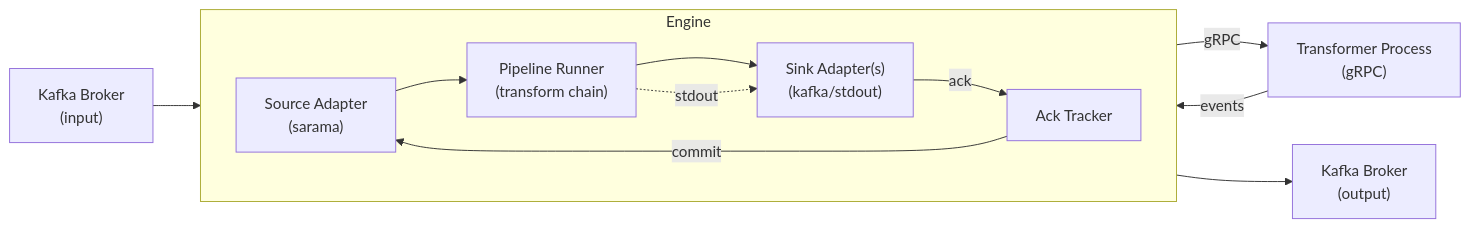
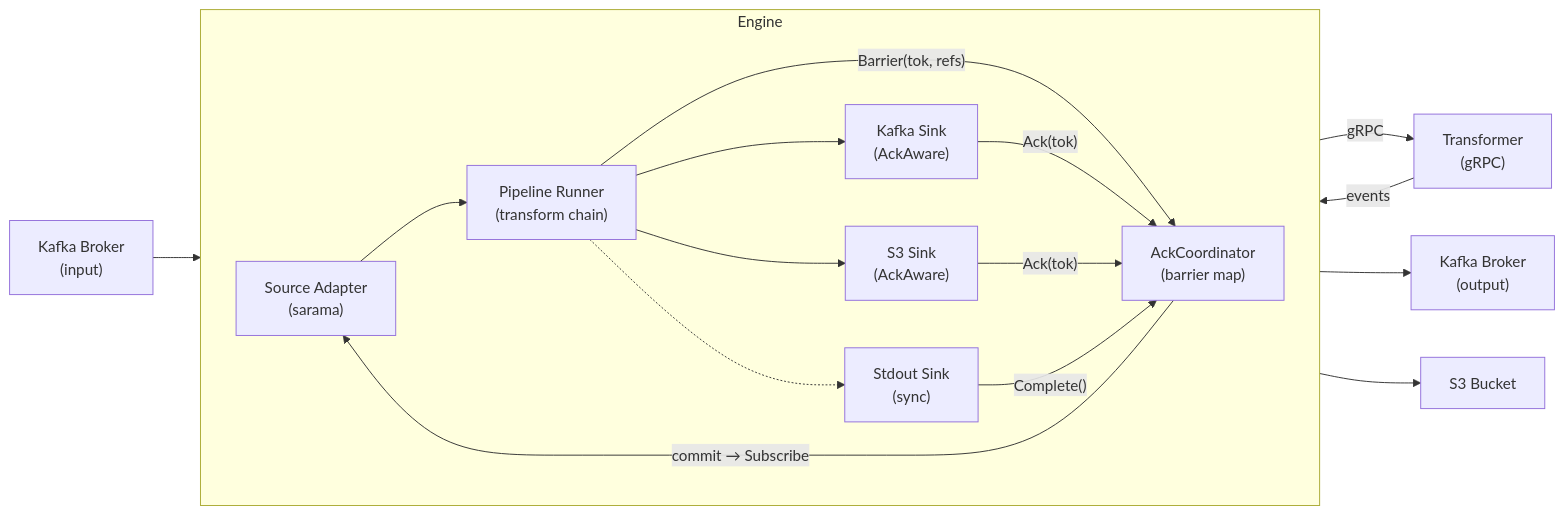
The second of 6 diagrams in docs/specs/architecture.md (mohsanabbas/quanta), drawn with Mermaid before and after one commit. The commit also changed other lines of this file and 29 other files, not shown here.

First line of the commit message:
feat: AckCoordinator centralized checkpoint lifecycle management (#15)

````diff
--- a/docs/specs/architecture.md
+++ b/docs/specs/architecture.md
@@ -30,23 +53,35 @@
 ```mermaid
 flowchart LR
   kIn["Kafka Broker\n(input)"]
   kOut["Kafka Broker\n(output)"]
+  s3["S3 Bucket"]
 
   subgraph Engine
     direction LR
     src["Source Adapter\n(sarama)"]
     run["Pipeline Runner\n(transform chain)"]
-    snk["Sink Adapter(s)\n(kafka/stdout)"]
-    ack["Ack Tracker"]
+    coord["AckCoordinator\n(barrier map)"]
+    snk_k["Kafka Sink\n(AckAware)"]
+    snk_s3["S3 Sink\n(AckAware)"]
+    snk_out["Stdout Sink\n(sync)"]
   end
 
   kIn --> src
   src --> run
-  run -- gRPC --> xform["Transformer Process\n(gRPC)"]
-  xform -- events --> run
-  run --> snk
-  snk --> kOut
-  snk -- ack --> ack
-  ack -- commit --> src
-  run -. stdout .-> snk
+  run -- "gRPC" --> xform["Transformer\n(gRPC)"]
+  xform -- "events" --> run
+
+  run -- "Barrier(tok, refs)" --> coord
+  run --> snk_k
+  run --> snk_s3
+  run -.-> snk_out
+
+  snk_k -- "Ack(tok)" --> coord
+  snk_s3 -- "Ack(tok)" --> coord
+  snk_out -- "Complete()" --> coord
+
+  snk_k --> kOut
+  snk_s3 --> s3
+
+  coord -- "commit → Subscribe" --> src
 ```
````
